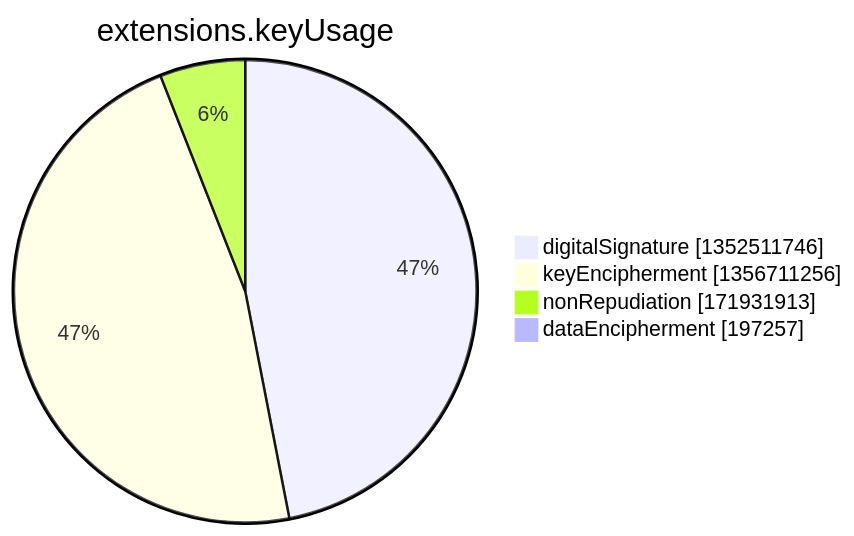
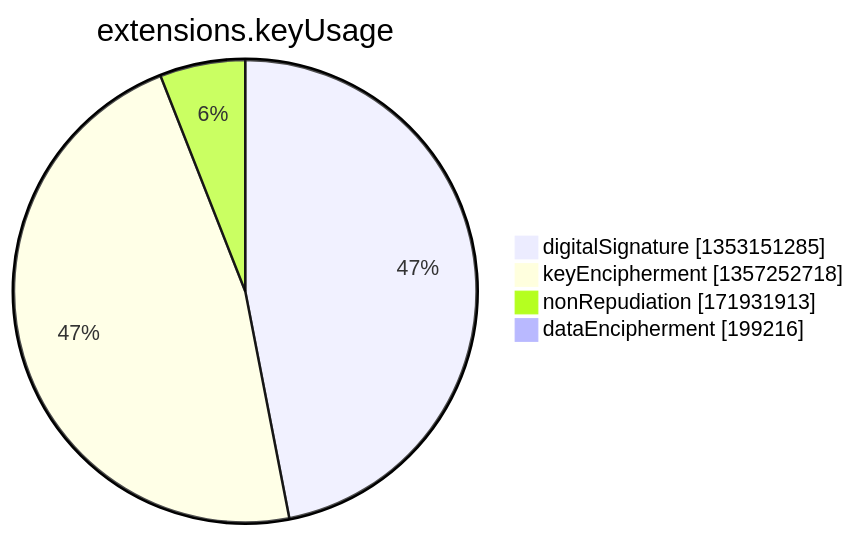
One commit to christiankrug/ctmonitor_visualization changed the seventh of 15 diagrams in argon2022/README.md. Above: the diagram before and after it, drawn with Mermaid. The commit also changed other lines of this file, not shown here.

````diff
--- a/argon2022/README.md
+++ b/argon2022/README.md
@@ -2750,8 +2750,8 @@
 ```mermaid
 pie showData
 title extensions.keyUsage
-"digitalSignature" :1352511746
-"keyEncipherment" :1356711256
+"digitalSignature" :1353151285
+"keyEncipherment" :1357252718
 "nonRepudiation" :171931913
-"dataEncipherment" :197257
+"dataEncipherment" :199216
 ```
````
